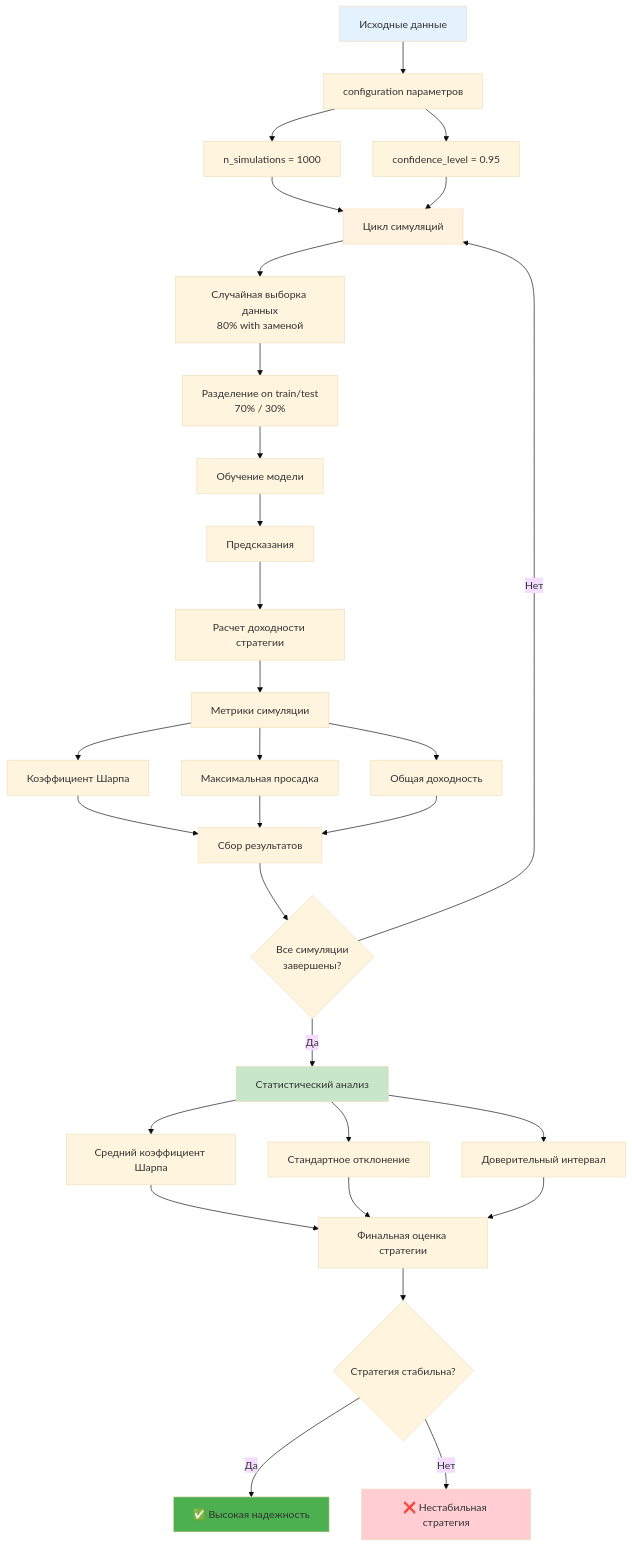
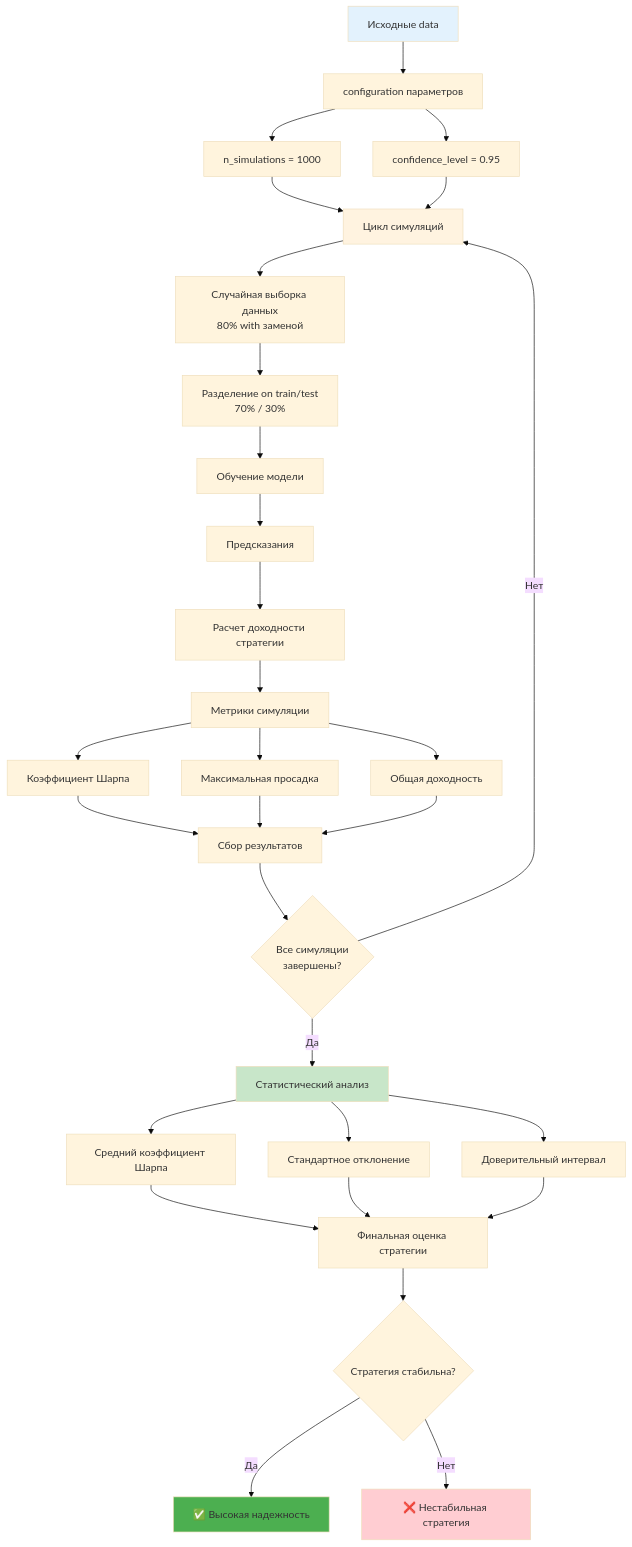
Before and after one commit to NeoZorK/neozork-hld-prediction: the fourth of 9 diagrams in docs/automl/gluon/29_backtesting_methods.md, drawn with Mermaid (base theme). The commit also changed other lines of this file and 108 other files, not shown here.

````diff
--- a/docs/automl/gluon/29_backtesting_methods.md
+++ b/docs/automl/gluon/29_backtesting_methods.md
@@ -590,47 +590,47 @@
 ```mermaid
 graph TD
- A[Исходные данные] --> B[configuration параметров]
+ A[Исходные data] --> B[configuration параметров]
  B --> C[n_simulations = 1000]
  B --> D[confidence_level = 0.95]
 
  C --> E[Цикл симуляций]
  D --> E
 
  E --> F[Случайная выборка данных<br/>80% with заменой]
  F --> G[Разделение on train/test<br/>70% / 30%]
 
  G --> H[Обучение модели]
  H --> I[Предсказания]
  I --> J[Расчет доходности стратегии]
 
  J --> K[Метрики симуляции]
  K --> L[Коэффициент Шарпа]
  K --> M[Максимальная просадка]
  K --> N[Общая доходность]
 
  L --> O[Сбор результатов]
  M --> O
  N --> O
 
  O --> P{Все симуляции<br/>завершены?}
  P -->|Нет| E
  P -->|Да| Q[Статистический анализ]
 
  Q --> R[Средний коэффициент Шарпа]
  Q --> S[Стандартное отклонение]
  Q --> T[Доверительный интервал]
 
  R --> U[Финальная оценка стратегии]
  S --> U
  T --> U
 
  U --> V{Стратегия стабильна?}
  V -->|Да| W[✅ Высокая надежность]
  V -->|Нет| X[❌ Нестабильная стратегия]
 
  style A fill:#e3f2fd
  style E fill:#fff3e0
  style Q fill:#c8e6c9
  style W fill:#4caf50
  style X fill:#ffcdd2
 ```
````
